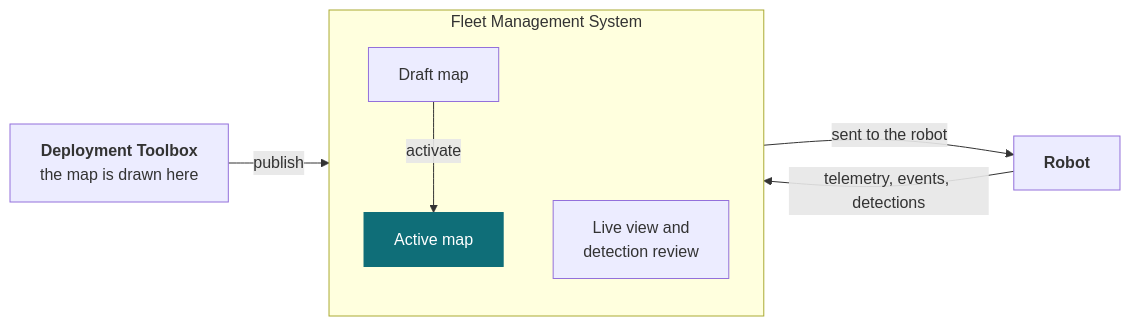
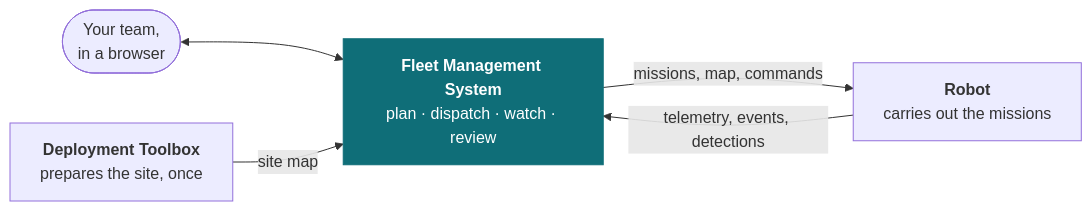
Before and after one commit to westonrobot/docs: the diagram in solution/fleet-management/index.md, drawn with Mermaid. The commit also changed other lines of this file and 4 other files, not shown here.

First line of the commit message:
solution(fleet): move the map lifecycle to tenant management, diagram the components

````diff
--- a/solution/fleet-management/index.md
+++ b/solution/fleet-management/index.md
@@ -25,16 +13,12 @@
 ```mermaid
 flowchart LR
-    TB["<b>Deployment Toolbox</b><br/>the map is drawn here"]
-    subgraph FMS["Fleet Management System"]
-        direction TB
-        DRAFT["Draft map"]
-        ACTIVE["Active map"]
-        REVIEW["Live view and<br/>detection review"]
-        DRAFT -->|activate| ACTIVE
-    end
-    ROBOT["<b>Robot</b>"]
-    TB -->|publish| DRAFT
-    ACTIVE -->|sent to the robot| ROBOT
-    ROBOT -->|telemetry, events, detections| REVIEW
-    style ACTIVE fill:#0f6e78,stroke:#0f6e78,color:#fff
+    OP(["Your team,<br/>in a browser"])
+    TB["<b>Deployment Toolbox</b><br/>prepares the site, once"]
+    FMS["<b>Fleet Management System</b><br/>plan · dispatch · watch · review"]
+    ROBOT["<b>Robot</b><br/>carries out the missions"]
+    OP <--> FMS
+    TB -->|"site map"| FMS
+    FMS -->|"missions, map, commands"| ROBOT
+    ROBOT -->|"telemetry, events, detections"| FMS
+    style FMS fill:#0f6e78,stroke:#0f6e78,color:#fff
 ```
````
